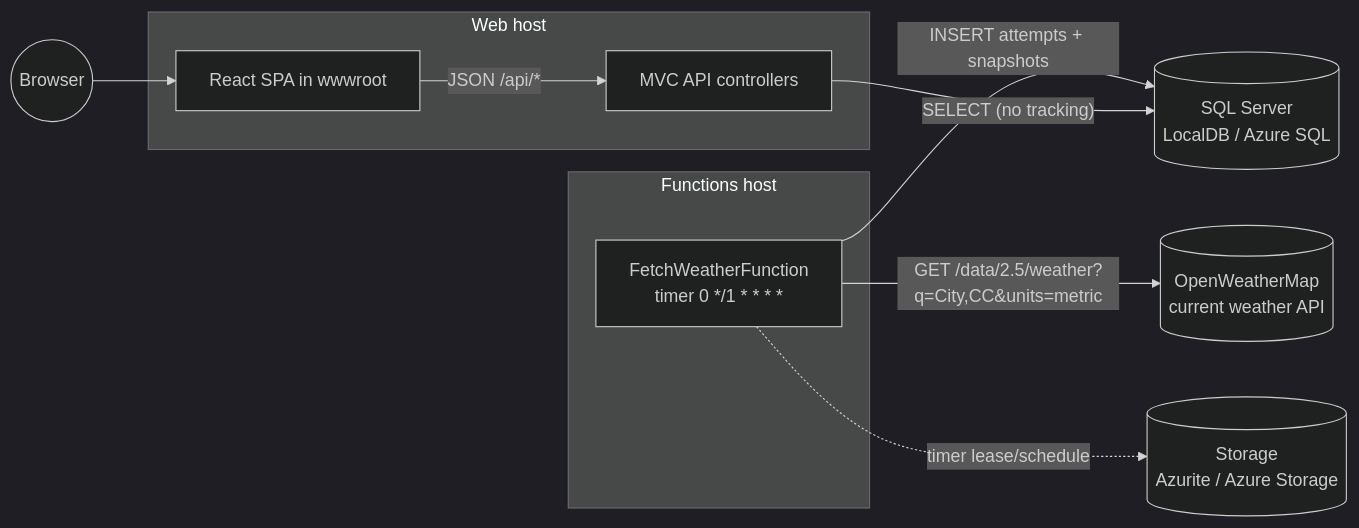
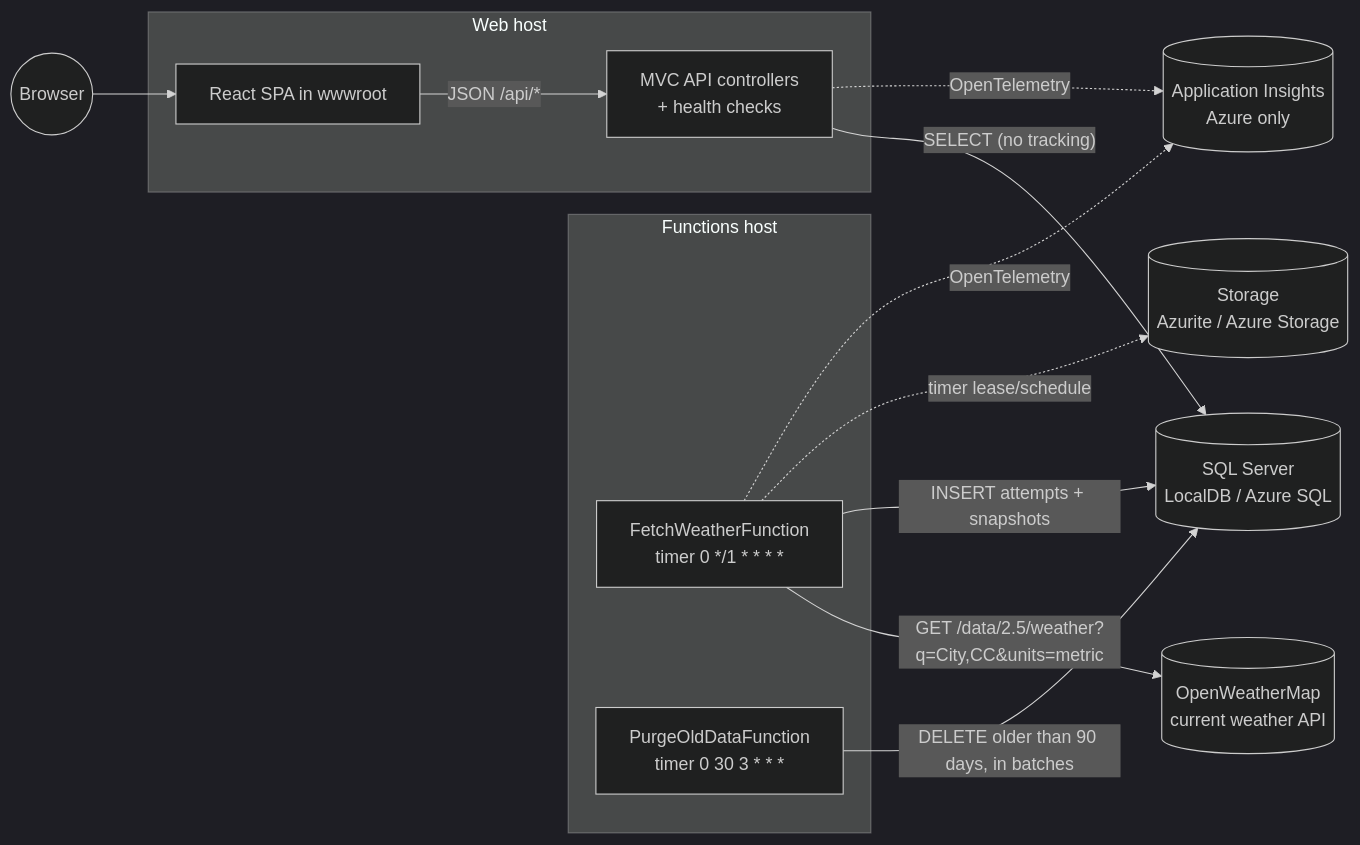
One commit to Dmitrijs-Blinkovs/weather-monitor changed the first of 3 diagrams in docs/architecture.md. Above: the diagram before and after it, drawn with Mermaid (dark theme). The commit also changed other lines of this file and 89 other files, not shown here.

````diff
--- a/docs/architecture.md
+++ b/docs/architecture.md
@@ -8,21 +9,26 @@
 ```mermaid
 flowchart LR
     OWM[(OpenWeatherMap<br/>current weather API)]
     subgraph Functions host
         T[FetchWeatherFunction<br/>timer 0 */1 * * * *]
+        P[PurgeOldDataFunction<br/>timer 0 30 3 * * *]
     end
     subgraph Web host
-        C[MVC API controllers]
+        C[MVC API controllers<br/>+ health checks]
         S[React SPA in wwwroot]
     end
     DB[(SQL Server<br/>LocalDB / Azure SQL)]
     ST[(Storage<br/>Azurite / Azure Storage)]
+    AI[(Application Insights<br/>Azure only)]
     U((Browser))
 
     T -- "GET /data/2.5/weather?q=City,CC&units=metric" --> OWM
     T -- "INSERT attempts + snapshots" --> DB
+    P -- "DELETE older than 90 days, in batches" --> DB
     T -. "timer lease/schedule" .-> ST
     U --> S
     S -- "JSON /api/*" --> C
     C -- "SELECT (no tracking)" --> DB
+    T -. "OpenTelemetry" .-> AI
+    C -. "OpenTelemetry" .-> AI
 ```
````
